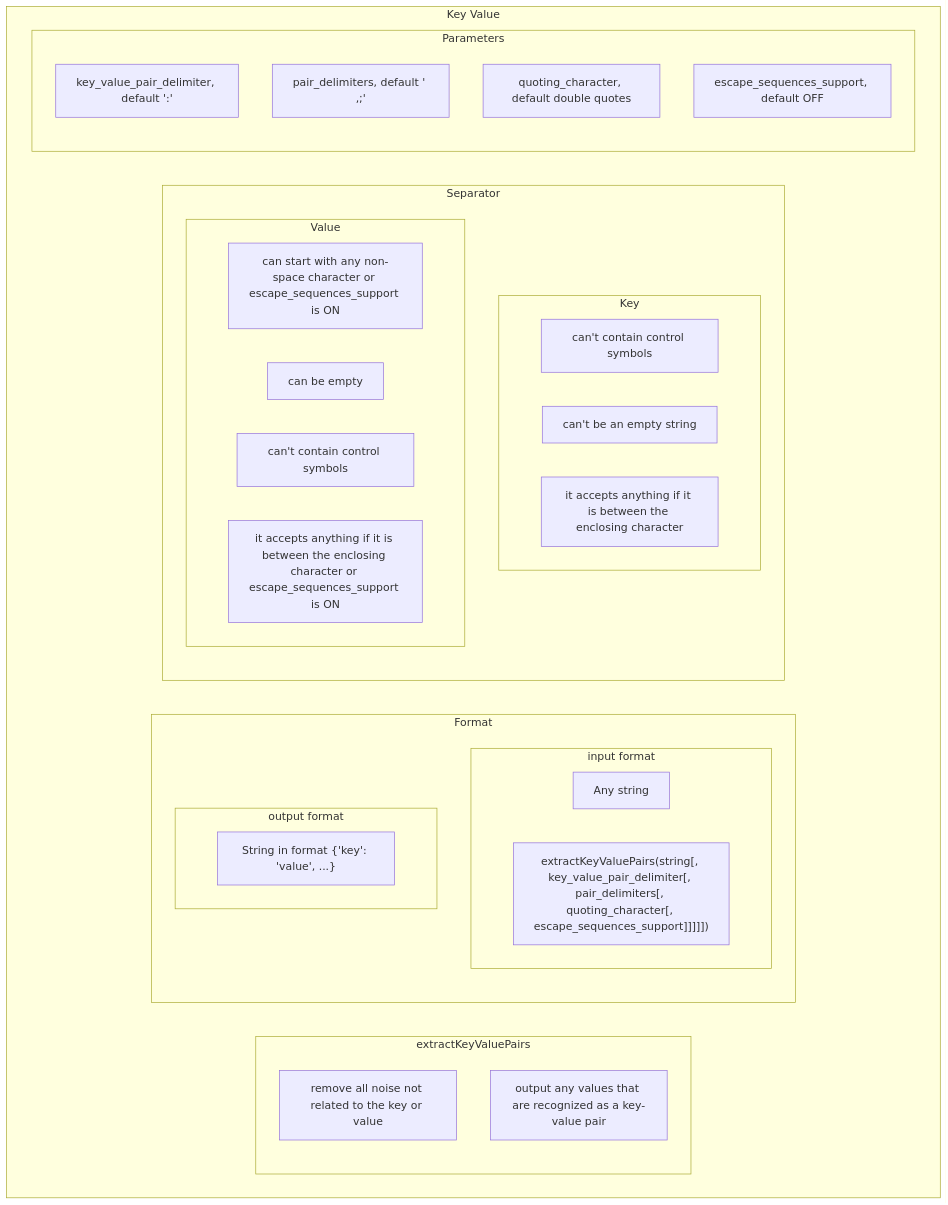
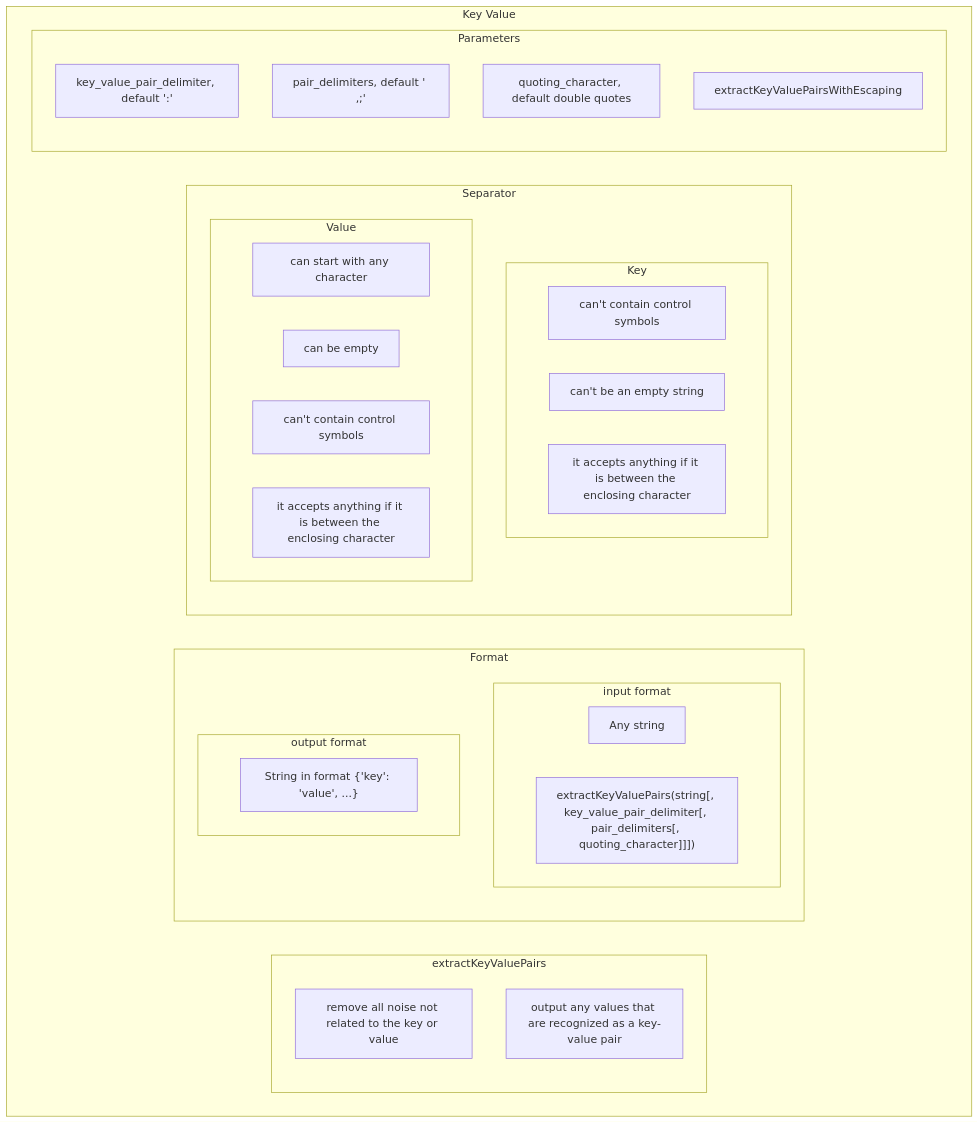
One commit to Altinity/clickhouse-regression changed the diagram in key_value/requirements/requirements.md. Above: the diagram before and after it, drawn with Mermaid. The commit also changed other lines of this file and 10 other files, not shown here.

````diff
--- a/key_value/requirements/requirements.md
+++ b/key_value/requirements/requirements.md
@@ -57,45 +54,45 @@
 ```mermaid
 flowchart LR
   subgraph Key Value
     direction LR
     subgraph A[extractKeyValuePairs]
         A1[remove all noise not related to the key or value]
         A2[output any values that are recognized as a key-value pair]
     end
     subgraph E[Format]
         direction TB
         subgraph E1[input format]
             direction LR
             E11[Any string]
-            E12["extractKeyValuePairs(string[, key_value_pair_delimiter[, pair_delimiters[, quoting_character[, escape_sequences_support]]]]])"]
+            E12["extractKeyValuePairs(string[, key_value_pair_delimiter[, pair_delimiters[, quoting_character]]])"]
         end
         subgraph E2[output format]
             direction LR 
             E21["String in format {'key': 'value', ...}"]
         end
     end  
     subgraph Z[Separator]
         direction TB
         subgraph Z1[Key]
             direction LR
             Z12[can't contain control symbols]
             Z13[can't be an empty string]
             Z14[it accepts anything if it is between the enclosing character]
         end
         subgraph Z2[Value]
             direction LR
-            Z21[can start with any non-space character or escape_sequences_support is ON]
+            Z21[can start with any character]
             Z22[can be empty]
             Z23[can't contain control symbols]
-            Z24[it accepts anything if it is between the enclosing character or escape_sequences_support is ON]
+            Z24[it accepts anything if it is between the enclosing character]
         end
     end
     subgraph Q[Parameters]
         direction TB
         Q1[key_value_pair_delimiter, default ':']
         Q2["pair_delimiters, default ' ,;'"]
         Q3[quoting_character, default double quotes]
-        Q5[escape_sequences_support, default OFF]
+        Q5[extractKeyValuePairsWithEscaping]
     end
   end
 ```
````
